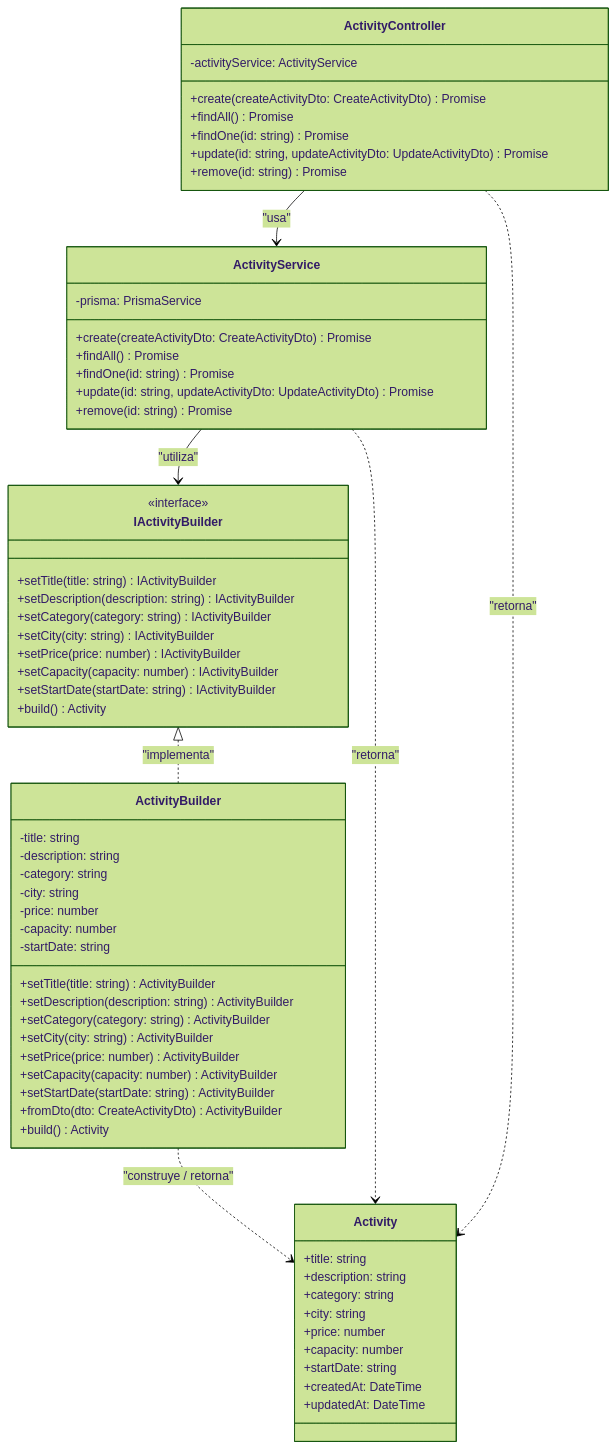
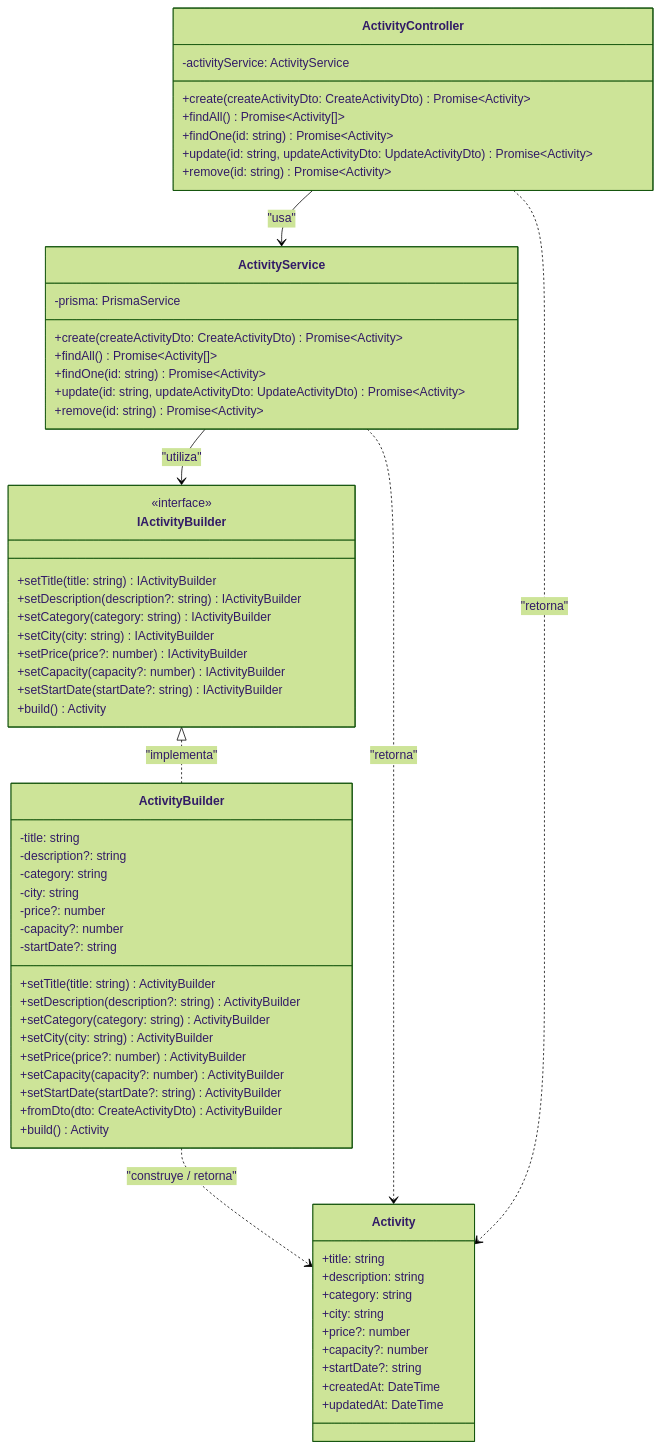
Before and after one commit to CaroDevs/Grupo1_Reto1_EventosMedellin: the second of 2 diagrams in docs/patrones-creacionales/justificacion.md, drawn with Mermaid (forest theme).

Commit message:
Update justificacion builder .md

````diff
--- a/docs/patrones-creacionales/justificacion.md
+++ b/docs/patrones-creacionales/justificacion.md
@@ -97,70 +97,70 @@
 ```mermaid
 classDiagram
 class IActivityBuilder {
         <<interface>>
         +setTitle(title: string)  IActivityBuilder
-        +setDescription(description: string)  IActivityBuilder
+        +setDescription(description?: string)  IActivityBuilder
         +setCategory(category: string)  IActivityBuilder
         +setCity(city: string) IActivityBuilder
-        +setPrice(price: number)  IActivityBuilder
-        +setCapacity(capacity: number)  IActivityBuilder
-        +setStartDate(startDate: string)  IActivityBuilder
+        +setPrice(price?: number)  IActivityBuilder
+        +setCapacity(capacity?: number)  IActivityBuilder
+        +setStartDate(startDate?: string)  IActivityBuilder
         +build()  Activity
     }
 
     class ActivityBuilder {
         -title: string
-        -description: string
+        -description?: string
         -category: string
         -city: string
-        -price: number
-        -capacity: number
-        -startDate: string
+        -price?: number
+        -capacity?: number
+        -startDate?: string
         +setTitle(title: string)  ActivityBuilder
-        +setDescription(description: string)  ActivityBuilder
+        +setDescription(description?: string)  ActivityBuilder
         +setCategory(category: string)  ActivityBuilder
         +setCity(city: string)  ActivityBuilder
-        +setPrice(price: number)  ActivityBuilder
-        +setCapacity(capacity: number)  ActivityBuilder
-        +setStartDate(startDate: string)  ActivityBuilder
+        +setPrice(price?: number)  ActivityBuilder
+        +setCapacity(capacity?: number)  ActivityBuilder
+        +setStartDate(startDate?: string)  ActivityBuilder
         +fromDto(dto: CreateActivityDto)  ActivityBuilder
         +build()  Activity
     }
 
     class Activity {
         +title: string
         +description: string
         +category: string
         +city: string
-        +price: number
-        +capacity: number
-        +startDate: string
+        +price?: number
+        +capacity?: number
+        +startDate?: string
         +createdAt: DateTime
         +updatedAt: DateTime
     }
 
     class ActivityService {
         -prisma: PrismaService
-        +create(createActivityDto: CreateActivityDto)  Promise<Activity>
-        +findAll()  Promise<Activity[]>
-        +findOne(id: string)  Promise<Activity>
-        +update(id: string, updateActivityDto: UpdateActivityDto)  Promise<Activity>
-        +remove(id: string)  Promise<Activity>
+        +create(createActivityDto: CreateActivityDto)  Promise~Activity~
+        +findAll()  Promise~Activity[]~
+        +findOne(id: string)  Promise~Activity~
+        +update(id: string, updateActivityDto: UpdateActivityDto)  Promise~Activity~
+        +remove(id: string)  Promise~Activity~
     }
 
     class ActivityController {
         -activityService: ActivityService
-        +create(createActivityDto: CreateActivityDto)  Promise<Activity>
-        +findAll()  Promise<Activity[]>
-        +findOne(id: string)  Promise<Activity>
-        +update(id: string, updateActivityDto: UpdateActivityDto)  Promise<Activity>
-        +remove(id: string)  Promise<Activity>
+        +create(createActivityDto: CreateActivityDto) Promise~Activity~
+        +findAll() Promise~Activity[]~
+        +findOne(id: string) Promise~Activity~
+        +update(id: string, updateActivityDto: UpdateActivityDto)  Promise~Activity~
+        +remove(id: string)  Promise~Activity~
     }
     IActivityBuilder <|.. ActivityBuilder : "implementa"
     ActivityService --> IActivityBuilder : "utiliza"
     ActivityController --> ActivityService : "usa"
     
     ActivityBuilder ..> Activity : "construye / retorna"
     ActivityService ..> Activity : "retorna"
     ActivityController ..> Activity : "retorna"
 ```
````
